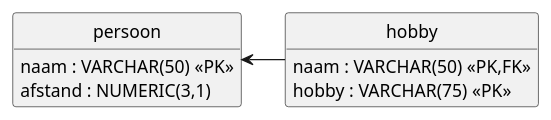
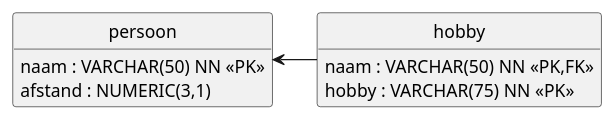
Before and after one commit to bartvanderwal/P1-Eindapplicatie: the diagram in documentatie/SDD/PDM.puml, drawn with PlantUML.

Commit message:
Update PDM.puml
NN toegevoegd aan PK-kolommen vanwege Codd, E. F. (1990). Missing Information. The Relational Model for Database Management: Version, 2, 8-9.

```diff
--- a/documentatie/SDD/PDM.puml
+++ b/documentatie/SDD/PDM.puml
@@ -1,18 +1,18 @@
 @startuml KlasKompas_PDM
 'configuration
 hide circle
 hide attributes
 
 entity persoon {
-    naam : VARCHAR(50) <<PK>>
+    naam : VARCHAR(50) NN <<PK>>
     afstand : NUMERIC(3,1)
 }
 
 entity hobby {
-    naam : VARCHAR(50) <<PK,FK>>
-    hobby : VARCHAR(75) <<PK>>
+    naam : VARCHAR(50) NN <<PK,FK>>
+    hobby : VARCHAR(75) NN <<PK>>
 }
 
 persoon <- hobby
 
 @enduml
```
